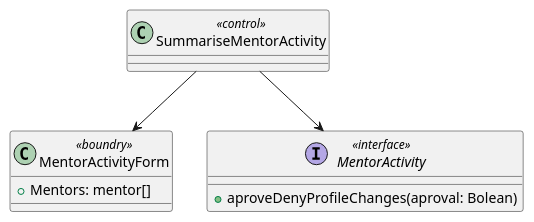
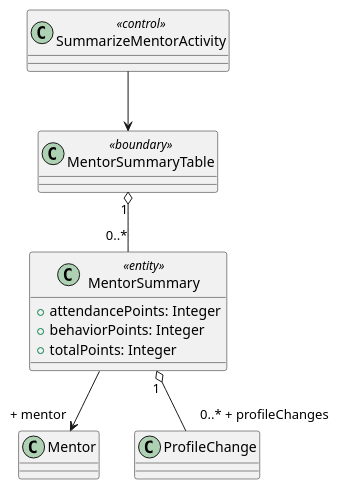
One commit to bmb0136/COMP-3700-Project changed the second of 2 diagrams in Use Cases/SummarizeMentorActivity.iuml. Above: the diagram before and after it, drawn with PlantUML. The commit also changed 1 other file, not shown here.

```diff
--- a/Use Cases/SummarizeMentorActivity.iuml
+++ b/Use Cases/SummarizeMentorActivity.iuml
@@ -22,12 +22,13 @@
 @startuml Summarize Mentor Activity object
-class SummariseMentorActivity <<control>>
-class MentorActivityForm <<boundry>> {
-  + Mentors: mentor[]
+class SummarizeMentorActivity <<control>> {}
+class MentorSummaryTable <<boundary>> {}
+SummarizeMentorActivity --> MentorSummaryTable
+MentorSummaryTable "1" o-- "0..*" MentorSummary
+class MentorSummary <<entity>> {
+  + attendancePoints: Integer
+  + behaviorPoints: Integer
+  + totalPoints: Integer
 }
-interface MentorActivity <<interface>> {
-  + aproveDenyProfileChanges(aproval: Bolean)
-
-}
-SummariseMentorActivity --> MentorActivityForm
-SummariseMentorActivity --> MentorActivity
+MentorSummary --> "+ mentor" Mentor
+MentorSummary "1" o-- "0..* + profileChanges" ProfileChange
 @enduml
```
